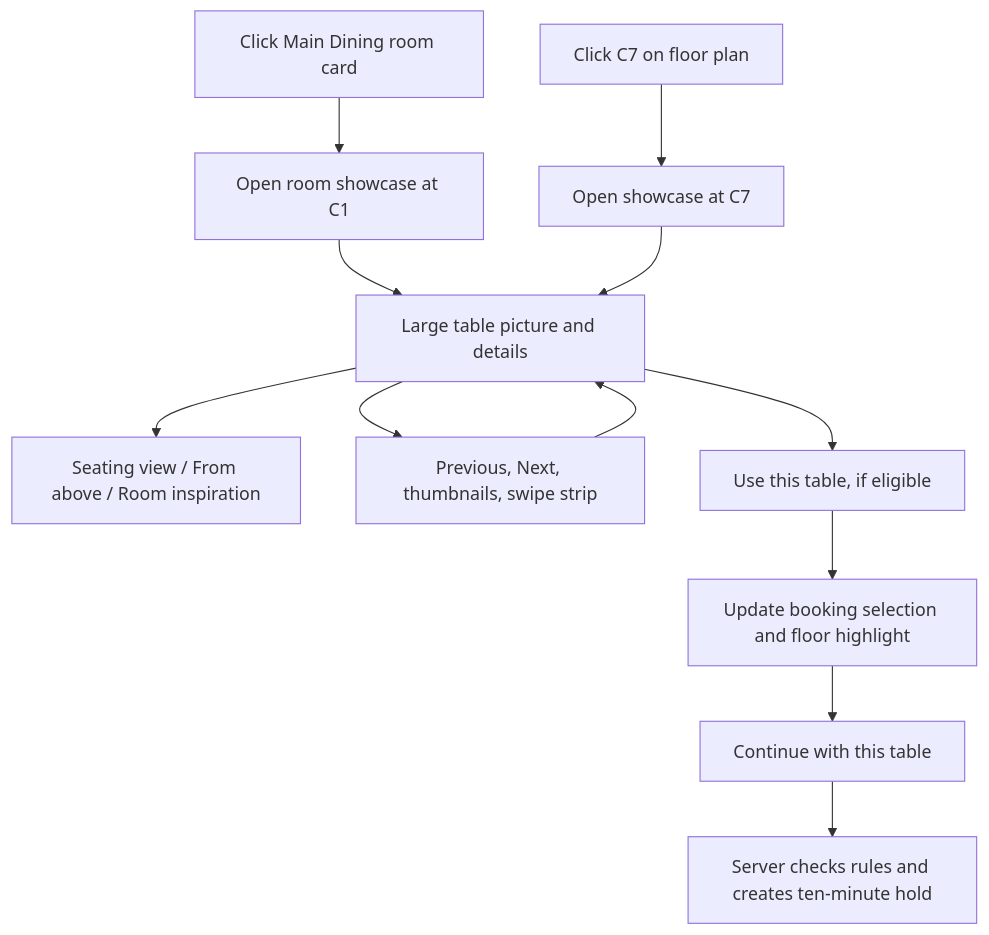
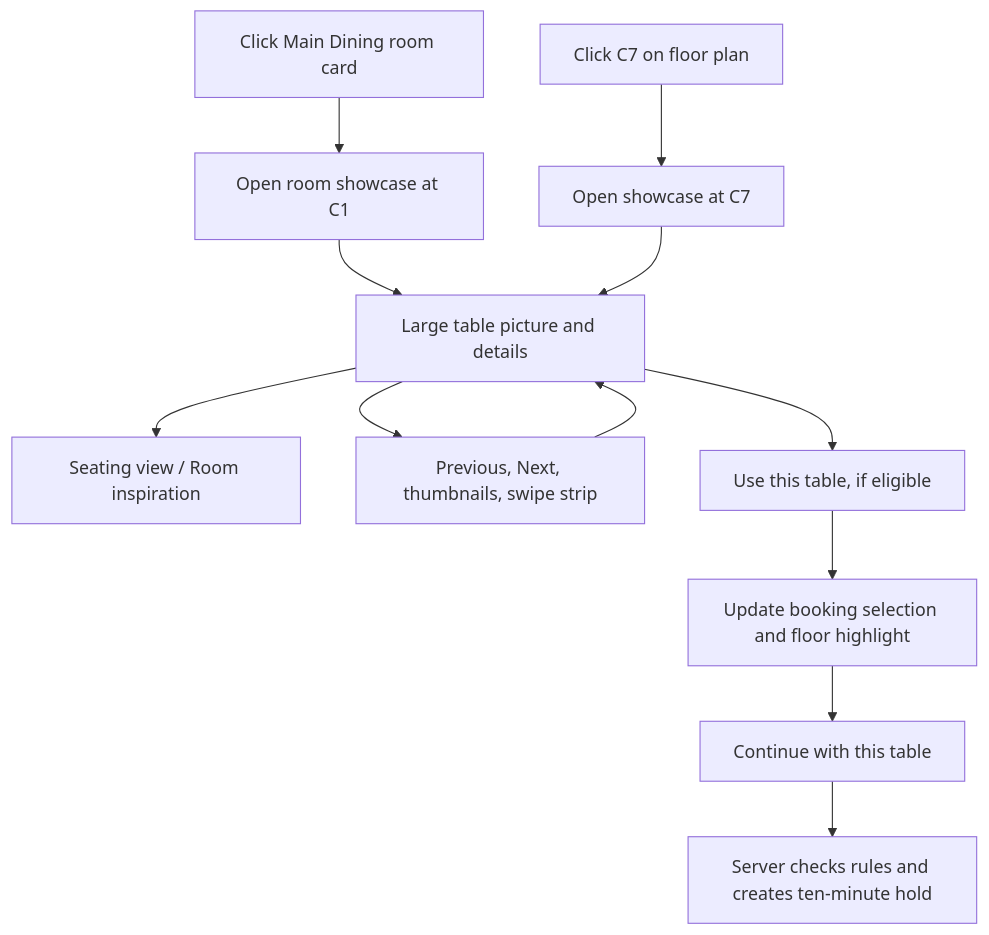
Before and after one commit to marvmarv08/restaurant-reservation-system: the diagram in research/07_table_showcase_research.md, drawn with Mermaid. The commit also changed other lines of this file and 39 other files, not shown here.

````diff
--- a/research/07_table_showcase_research.md
+++ b/research/07_table_showcase_research.md
@@ -30,14 +30,14 @@
 ```mermaid
 flowchart TD
   Room[Click Main Dining room card] --> First[Open room showcase at C1]
   Map[Click C7 on floor plan] --> Exact[Open showcase at C7]
   First --> Gallery[Large table picture and details]
   Exact --> Gallery
-  Gallery --> Views[Seating view / From above / Room inspiration]
+  Gallery --> Views[Seating view / Room inspiration]
   Gallery --> Browse[Previous, Next, thumbnails, swipe strip]
   Browse --> Gallery
   Gallery --> Intent[Use this table, if eligible]
   Intent --> Selection[Update booking selection and floor highlight]
   Selection --> Continue[Continue with this table]
   Continue --> Hold[Server checks rules and creates ten-minute hold]
 ```
````
